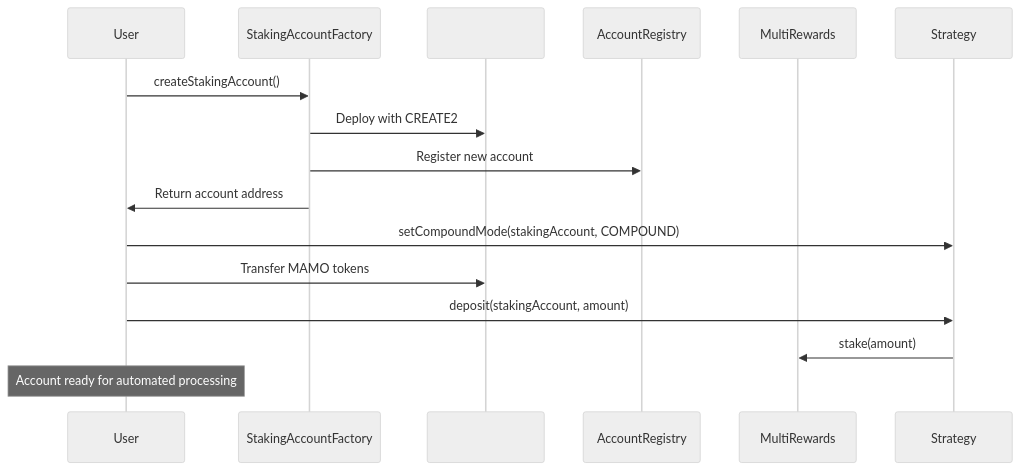
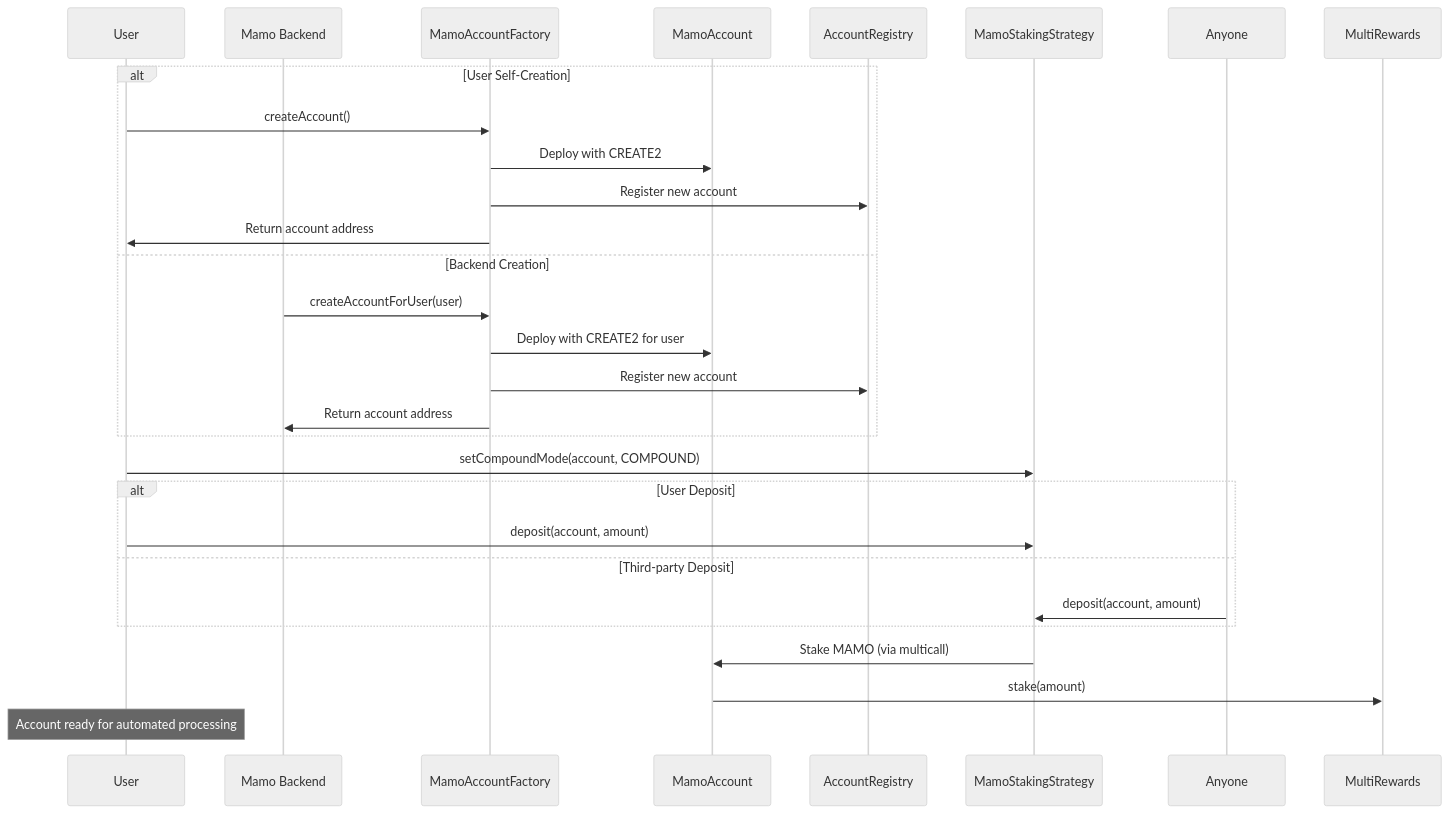
The fourth of 6 diagrams in docs/MAMO_STAKING_ARCHITECTURE.md (moonwell-fi/mamo-contracts), drawn with Mermaid (neutral theme) before and after one commit. The commit also changed other lines of this file, not shown here.

````diff
--- a/docs/MAMO_STAKING_ARCHITECTURE.md
+++ b/docs/MAMO_STAKING_ARCHITECTURE.md
@@ -617,20 +705,36 @@
 ```mermaid
 sequenceDiagram
     participant User as User
-    participant Factory as StakingAccountFactory
-    participant StakingAccount as 
+    participant Backend as Mamo Backend
+    participant Factory as MamoAccountFactory
+    participant Account as MamoAccount
     participant Registry as AccountRegistry
+    participant Strategy as MamoStakingStrategy
+    participant Anyone as Anyone
     participant MultiRewards as MultiRewards
 
-    User->>Factory: createStakingAccount()
-    Factory->>StakingAccount: Deploy with CREATE2
-    Factory->>Registry: Register new account
-    Factory->>User: Return account address
+    alt User Self-Creation
+        User->>Factory: createAccount()
+        Factory->>Account: Deploy with CREATE2
+        Factory->>Registry: Register new account
+        Factory->>User: Return account address
+    else Backend Creation
+        Backend->>Factory: createAccountForUser(user)
+        Factory->>Account: Deploy with CREATE2 for user
+        Factory->>Registry: Register new account
+        Factory->>Backend: Return account address
+    end
     
-    User->>Strategy: setCompoundMode(stakingAccount, COMPOUND)
-    User->>StakingAccount: Transfer MAMO tokens
-    User->>Strategy: deposit(stakingAccount, amount)
-    Strategy->>MultiRewards: stake(amount)
+    User->>Strategy: setCompoundMode(account, COMPOUND)
+    
+    alt User Deposit
+        User->>Strategy: deposit(account, amount)
+    else Third-party Deposit
+        Anyone->>Strategy: deposit(account, amount)
+    end
+    
+    Strategy->>Account: Stake MAMO (via multicall)
+    Account->>MultiRewards: stake(amount)
     
     Note over User: Account ready for automated processing
 ```
````
